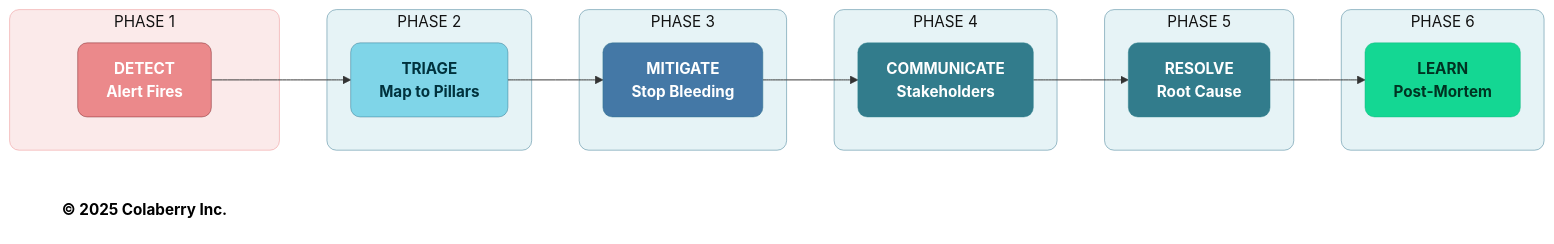
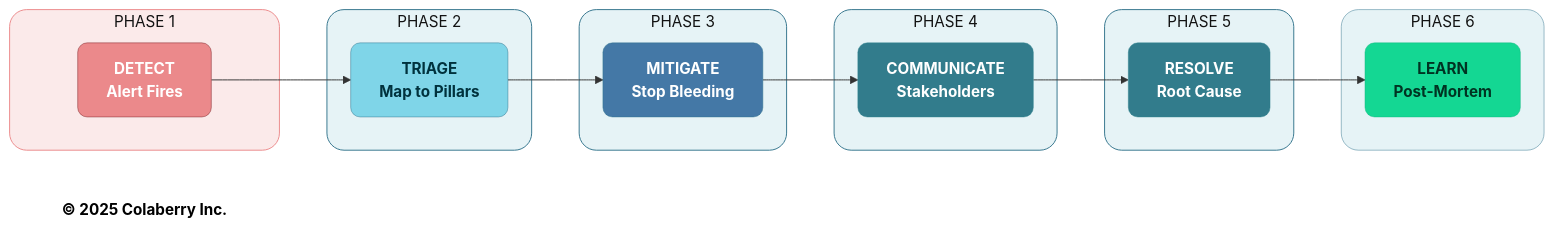
The fourth of 6 diagrams in manuscript/13_chapter_12_running_agents_at_scale_v1_2.md (saitejesh-cyber/trust-before-intelligence-book), drawn with Mermaid before and after one commit. The commit also changed other lines of this file and 12 other files, not shown here.

````diff
--- a/manuscript/13_chapter_12_running_agents_at_scale_v1_2.md
+++ b/manuscript/13_chapter_12_running_agents_at_scale_v1_2.md
@@ -735,44 +735,44 @@
 ```mermaid
 graph LR
     subgraph P1["PHASE 1"]
         D["<b>DETECT</b><br/><b>Alert Fires</b>"]
     end
     
     subgraph P2["PHASE 2"]
         T["<b>TRIAGE</b><br/><b>Map to Pillars</b>"]
     end
     
     subgraph P3["PHASE 3"]
         M["<b>MITIGATE</b><br/><b>Stop Bleeding</b>"]
     end
     
     subgraph P4["PHASE 4"]
         C["<b>COMMUNICATE</b><br/><b>Stakeholders</b>"]
     end
     
     subgraph P5["PHASE 5"]
         R["<b>RESOLVE</b><br/><b>Root Cause</b>"]
     end
     
     subgraph P6["PHASE 6"]
         L["<b>LEARN</b><br/><b>Post-Mortem</b>"]
     end
     
     D --> T --> M --> C --> R --> L
     
     Copyright["<b>© 2025 Colaberry Inc.</b>"]
     
-    style P1 fill:#FBEAEA,stroke:#EB898B,stroke-width:0.5px,color:#121212,rx:10,ry:10
-    style P2 fill:#E6F3F6,stroke:#32738C,stroke-width:0.5px,color:#121212,rx:10,ry:10
-    style P3 fill:#E6F3F6,stroke:#32738C,stroke-width:0.5px,color:#121212,rx:10,ry:10
-    style P4 fill:#E6F3F6,stroke:#32738C,stroke-width:0.5px,color:#121212,rx:10,ry:10
-    style P5 fill:#E6F3F6,stroke:#32738C,stroke-width:0.5px,color:#121212,rx:10,ry:10
-    style P6 fill:#E6F3F6,stroke:#32738C,stroke-width:0.5px,color:#121212,rx:10,ry:10
+    style P1 fill:#FBEAEA,stroke:#EB898B,stroke-width:1px,color:#121212,rx:18,ry:18
+    style P2 fill:#E6F3F6,stroke:#32738C,stroke-width:1px,color:#121212,rx:18,ry:18
+    style P3 fill:#E6F3F6,stroke:#32738C,stroke-width:1px,color:#121212,rx:18,ry:18
+    style P4 fill:#E6F3F6,stroke:#32738C,stroke-width:1px,color:#121212,rx:18,ry:18
+    style P5 fill:#E6F3F6,stroke:#32738C,stroke-width:1px,color:#121212,rx:18,ry:18
+    style P6 fill:#E6F3F6,stroke:#32738C,stroke-width:0.5px,color:#121212,rx:18,ry:18
     style D fill:#EB898B,stroke:#7A1F22,stroke-width:0.5px,color:#ffffff,rx:10,ry:10
     style T fill:#7FD5E8,stroke:#32738C,stroke-width:0.5px,color:#00323D,rx:10,ry:10
     style M fill:#4478A6,stroke:#32738C,stroke-width:0.5px,color:#ffffff,rx:10,ry:10
     style C fill:#327C8C,stroke:#30838C,stroke-width:0.5px,color:#ffffff,rx:10,ry:10
     style R fill:#327C8C,stroke:#30838C,stroke-width:0.5px,color:#ffffff,rx:10,ry:10
     style L fill:#14D793,stroke:#0FB67D,stroke-width:0.5px,color:#003322,rx:10,ry:10
     style Copyright fill:none,stroke:none,color:#000000
 ```
````
